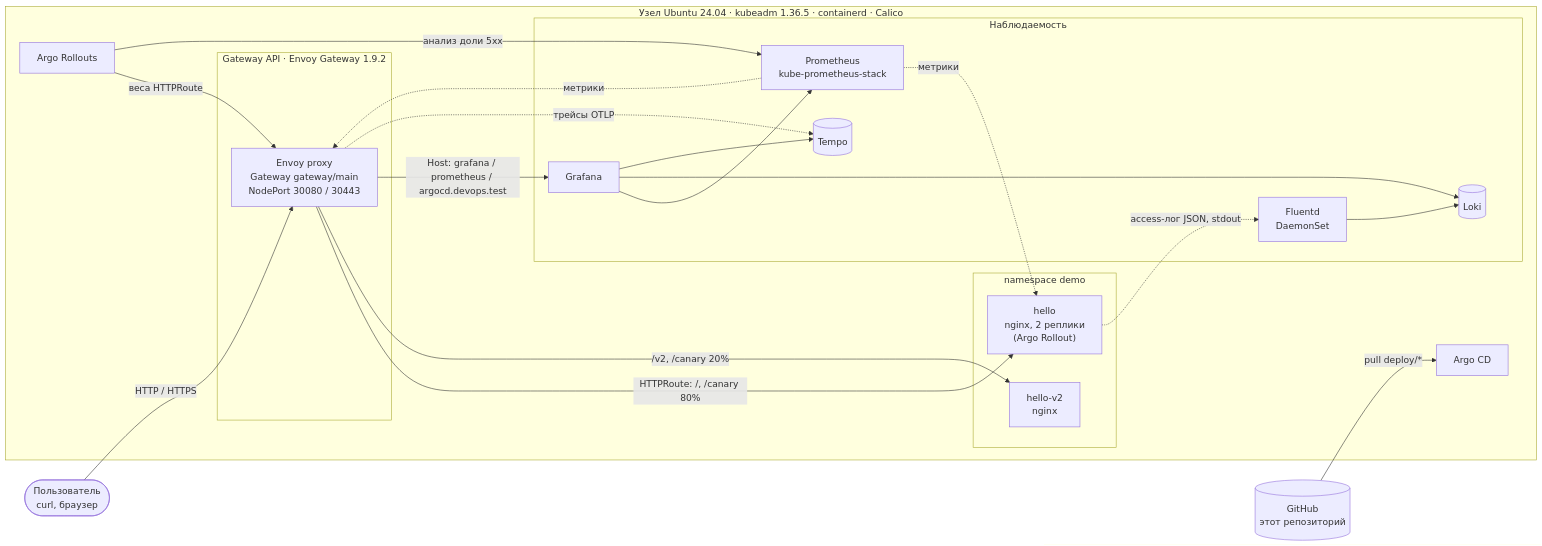
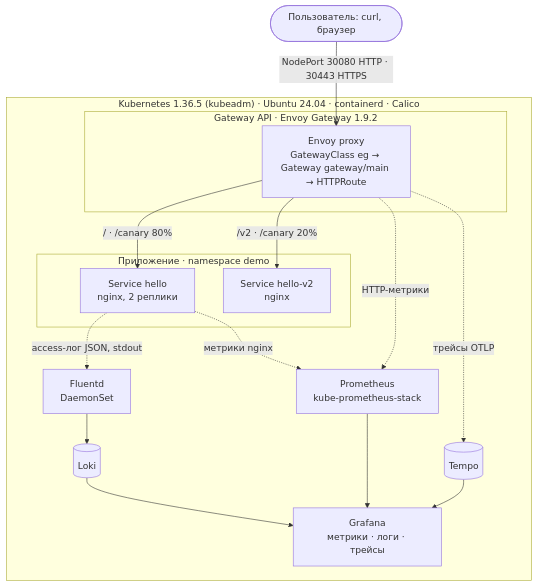
The first of 2 diagrams in README.md (glev23/devops_case), drawn with Mermaid before and after one commit. The commit also changed other lines of this file, not shown here.

Commit message:
Docs: README architecture diagrams

````diff
--- a/README.md
+++ b/README.md
@@ -49,40 +49,31 @@
 ```mermaid
-flowchart LR
-    user(["Пользователь<br/>curl, браузер"])
-    git[("GitHub<br/>этот репозиторий")]
+flowchart TB
+    user(["Пользователь: curl, браузер"])
 
-    subgraph cluster["Узел Ubuntu 24.04 · kubeadm 1.36.5 · containerd · Calico"]
-        subgraph gw["Gateway API · Envoy Gateway 1.9.2"]
-            envoy["Envoy proxy<br/>Gateway gateway/main<br/>NodePort 30080 / 30443"]
+    subgraph k8s["Kubernetes 1.36.5 (kubeadm) · Ubuntu 24.04 · containerd · Calico"]
+        subgraph gwapi["Gateway API · Envoy Gateway 1.9.2"]
+            envoy["Envoy proxy<br/>GatewayClass eg → Gateway gateway/main → HTTPRoute"]
         end
-        subgraph demo["namespace demo"]
-            hello["hello<br/>nginx, 2 реплики<br/>(Argo Rollout)"]
-            v2["hello-v2<br/>nginx"]
+        subgraph app["Приложение · namespace demo"]
+            hello["Service hello<br/>nginx, 2 реплики"]
+            v2["Service hello-v2<br/>nginx"]
         end
-        subgraph obs["Наблюдаемость"]
-            prom["Prometheus<br/>kube-prometheus-stack"]
-            graf["Grafana"]
-            fluentd["Fluentd<br/>DaemonSet"]
-            loki[("Loki")]
-            tempo[("Tempo")]
-        end
-        argocd["Argo CD"]
-        rollouts["Argo Rollouts"]
+        fluentd["Fluentd<br/>DaemonSet"]
+        prom["Prometheus<br/>kube-prometheus-stack"]
+        loki[("Loki")]
+        tempo[("Tempo")]
+        graf["Grafana<br/>метрики · логи · трейсы"]
     end
 
-    user -->|"HTTP / HTTPS"| envoy
-    envoy -->|"HTTPRoute: /, /canary 80%"| hello
-    envoy -->|"/v2, /canary 20%"| v2
-    envoy -->|"Host: grafana / prometheus / argocd.devops.test"| graf
-    hello -. "access-лог JSON, stdout" .-> fluentd
+    user -->|"NodePort 30080 HTTP · 30443 HTTPS"| envoy
+    envoy -->|"/ · /canary 80%"| hello
+    envoy -->|"/v2 · /canary 20%"| v2
+    hello -.->|"access-лог JSON, stdout"| fluentd
+    hello -.->|"метрики nginx"| prom
+    envoy -.->|"HTTP-метрики"| prom
+    envoy -.->|"трейсы OTLP"| tempo
     fluentd --> loki
-    envoy -. "трейсы OTLP" .-> tempo
-    prom -. "метрики" .-> envoy
-    prom -. "метрики" .-> hello
-    graf --> prom
-    graf --> loki
-    graf --> tempo
-    git -->|"pull deploy/*"| argocd
-    rollouts -->|"веса HTTPRoute"| envoy
-    rollouts -->|"анализ доли 5xx"| prom
+    prom --> graf
+    loki --> graf
+    tempo --> graf
 ```
````
